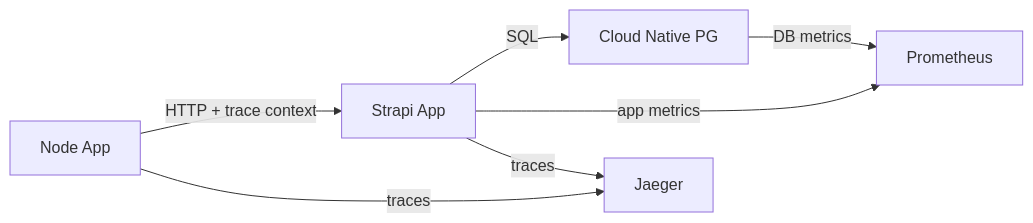
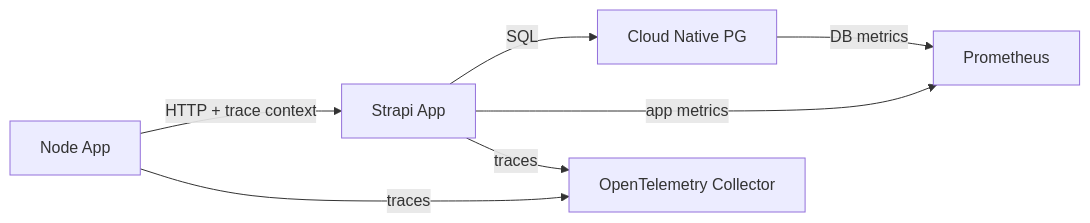
One commit to enrigsa/k8-cnpg-strapi-with-observability changed the diagram in README.md. Above: the diagram before and after it, drawn with Mermaid. The commit also changed other lines of this file, not shown here.

````diff
--- a/README.md
+++ b/README.md
@@ -15,9 +15,9 @@
 ```mermaid
 flowchart LR
   NodeApp[Node App] -->|HTTP + trace context| StrapiApp[Strapi App]
   StrapiApp -->|SQL| CloudNativePG[Cloud Native PG]
   StrapiApp -->|app metrics| Prometheus[Prometheus]
   CloudNativePG -->|DB metrics| Prometheus
-  NodeApp -->|traces| Jaeger[Jaeger]
-  StrapiApp -->|traces| Jaeger
+  NodeApp -->|traces| OpenTelemetryCollector[OpenTelemetry Collector]
+  StrapiApp -->|traces| OpenTelemetryCollector
 ```
````
